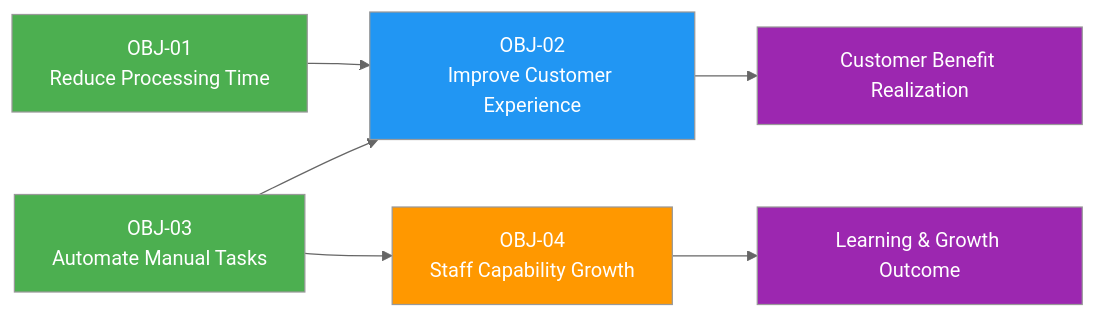
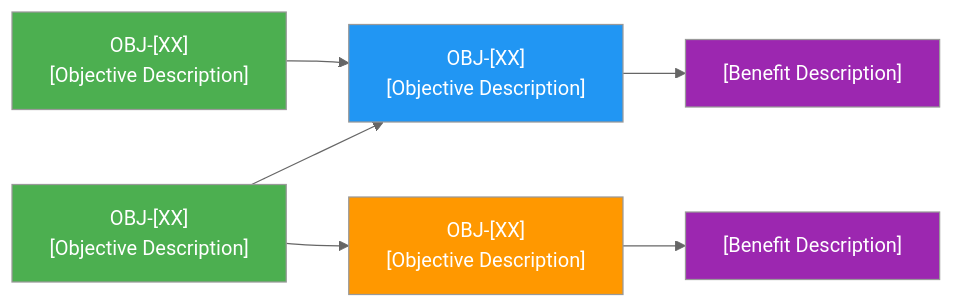
One commit to oat431/swe-knowledge changed the diagram in document-template/01_Business_Analysis_and_strategy/Business-Objectives.md. Above: the diagram before and after it, drawn with Mermaid (neutral theme). The commit also changed other lines of this file and 50 other files, not shown here.

````diff
--- a/document-template/01_Business_Analysis_and_strategy/Business-Objectives.md
+++ b/document-template/01_Business_Analysis_and_strategy/Business-Objectives.md
@@ -235,15 +235,15 @@
 ```mermaid
 flowchart LR
-    OBJ01[OBJ-01<br>Reduce Processing Time] --> OBJ02[OBJ-02<br>Improve Customer Experience]
-    OBJ03[OBJ-03<br>Automate Manual Tasks] --> OBJ02
-    OBJ03 --> OBJ04[OBJ-04<br>Staff Capability Growth]
-    OBJ02 --> BENEFIT1[Customer Benefit Realization]
-    OBJ04 --> BENEFIT2[Learning & Growth Outcome]
+    OBJ01["OBJ-[XX]<br>[Objective Description]"] --> OBJ02["OBJ-[XX]<br>[Objective Description]"]
+    OBJ03["OBJ-[XX]<br>[Objective Description]"] --> OBJ02
+    OBJ03 --> OBJ04["OBJ-[XX]<br>[Objective Description]"]
+    OBJ02 --> BENEFIT1["[Benefit Description]"]
+    OBJ04 --> BENEFIT2["[Benefit Description]"]
 
     style OBJ01 fill:#4CAF50,color:#fff
     style OBJ02 fill:#2196F3,color:#fff
     style OBJ03 fill:#4CAF50,color:#fff
     style OBJ04 fill:#FF9800,color:#fff
     style BENEFIT1 fill:#9C27B0,color:#fff
     style BENEFIT2 fill:#9C27B0,color:#fff
 ```
````
